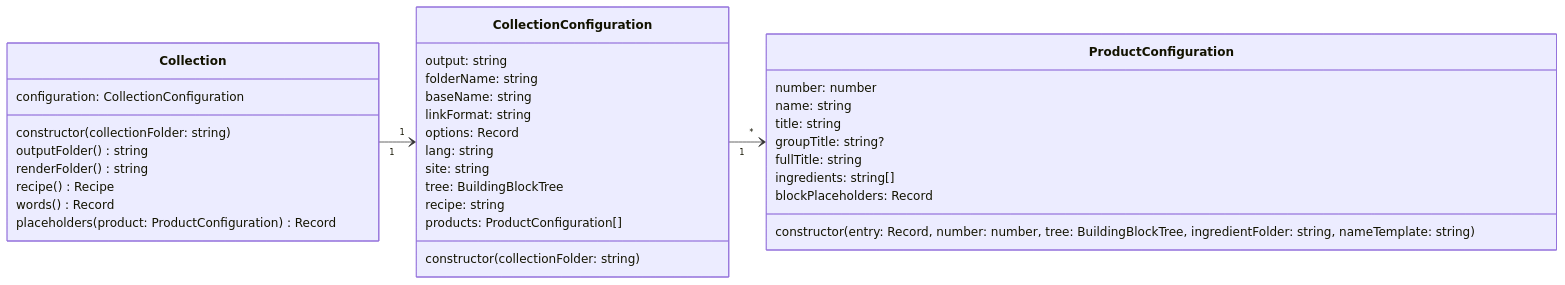
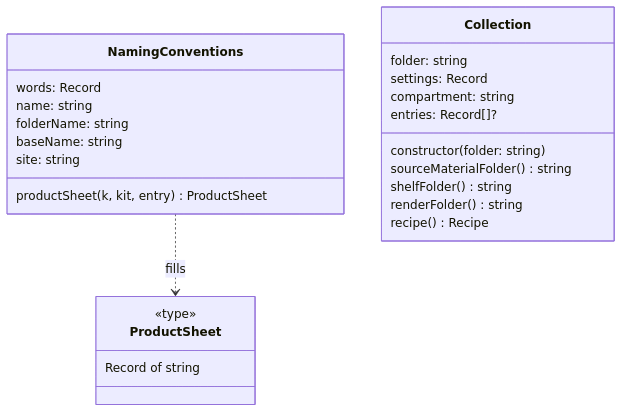
One commit to matthiasbaitsch/quarto-loi-moi changed the fourth of 6 diagrams in DESIGN.md. Above: the diagram before and after it, drawn with Mermaid. The commit also changed other lines of this file and 2 other files, not shown here.

First line of the commit message:
SPEC, DESIGN: compartment, shelf, product sheet, settings in two files

````diff
--- a/DESIGN.md
+++ b/DESIGN.md
@@ -217,38 +213,28 @@
 ```mermaid
 classDiagram
-  direction LR
-  Collection "1" --> "1" CollectionConfiguration
-  CollectionConfiguration "1" --> "*" ProductConfiguration
+  direction TD
+  NamingConventions ..> ProductSheet : fills
   class Collection {
-    configuration: CollectionConfiguration
-    constructor(collectionFolder: string)
-    outputFolder() string
+    folder: string
+    settings: Record
+    compartment: string
+    entries: Record[]?
+    constructor(folder: string)
+    sourceMaterialFolder() string
+    shelfFolder() string
     renderFolder() string
     recipe() Recipe
-    words() Record
-    placeholders(product: ProductConfiguration) Record
   }
-  class CollectionConfiguration {
-    output: string
+  class NamingConventions {
+    words: Record
+    name: string
     folderName: string
     baseName: string
-    linkFormat: string
-    options: Record
-    lang: string
     site: string
-    tree: BuildingBlockTree
-    recipe: string
-    products: ProductConfiguration[]
-    constructor(collectionFolder: string)
+    productSheet(k, kit, entry) ProductSheet
   }
-  class ProductConfiguration {
-    number: number
-    name: string
-    title: string
-    groupTitle: string?
-    fullTitle: string
-    ingredients: string[]
-    blockPlaceholders: Record
-    constructor(entry: Record, number: number, tree: BuildingBlockTree, ingredientFolder: string, nameTemplate: string)
+  class ProductSheet {
+    <<type>>
+    Record of string
   }
 ```
````
